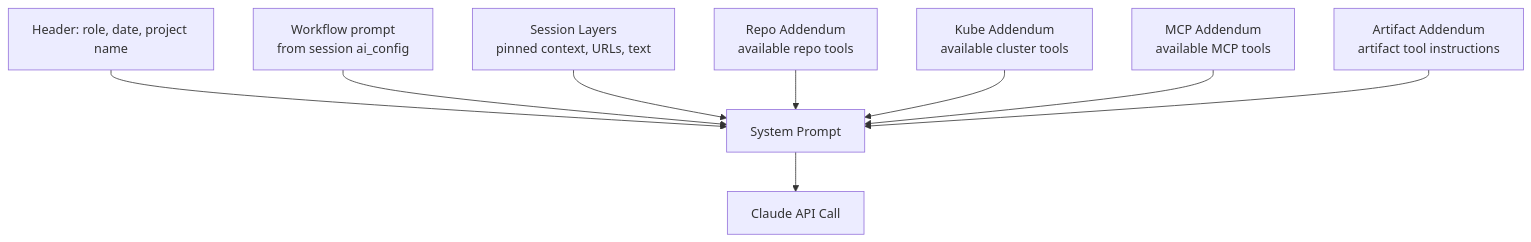
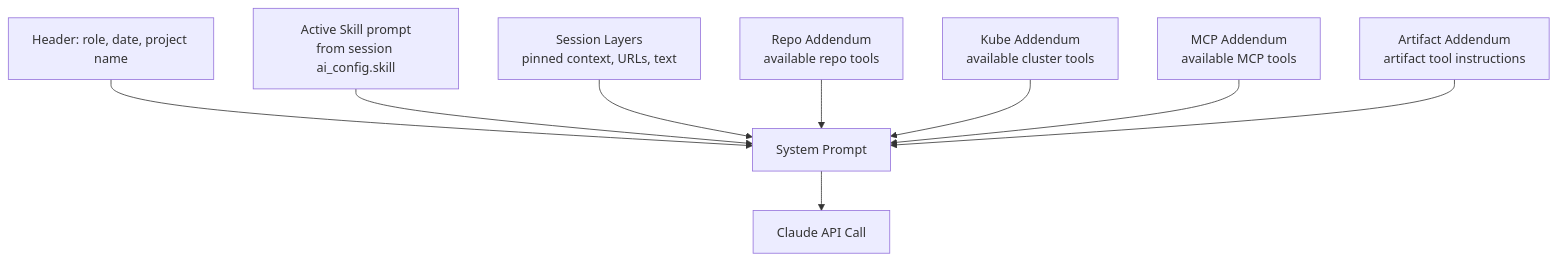
The eighth of 20 diagrams in docs/ARCHITECTURE.md (GowthamShanmugam/orbit), drawn with Mermaid before and after one commit. The commit also changed other lines of this file and 115 other files, not shown here.

````diff
--- a/docs/ARCHITECTURE.md
+++ b/docs/ARCHITECTURE.md
@@ -470,14 +498,14 @@
 ```mermaid
 graph TD
     SP[System Prompt]
 
     H[Header: role, date, project name] --> SP
-    WF[Workflow prompt<br/>from session ai_config] --> SP
+    SK[Active Skill prompt<br/>from session ai_config.skill] --> SP
     SL[Session Layers<br/>pinned context, URLs, text] --> SP
     RA[Repo Addendum<br/>available repo tools] --> SP
     KA[Kube Addendum<br/>available cluster tools] --> SP
     MA[MCP Addendum<br/>available MCP tools] --> SP
     AA[Artifact Addendum<br/>artifact tool instructions] --> SP
 
     SP --> AI[Claude API Call]
 ```
````
